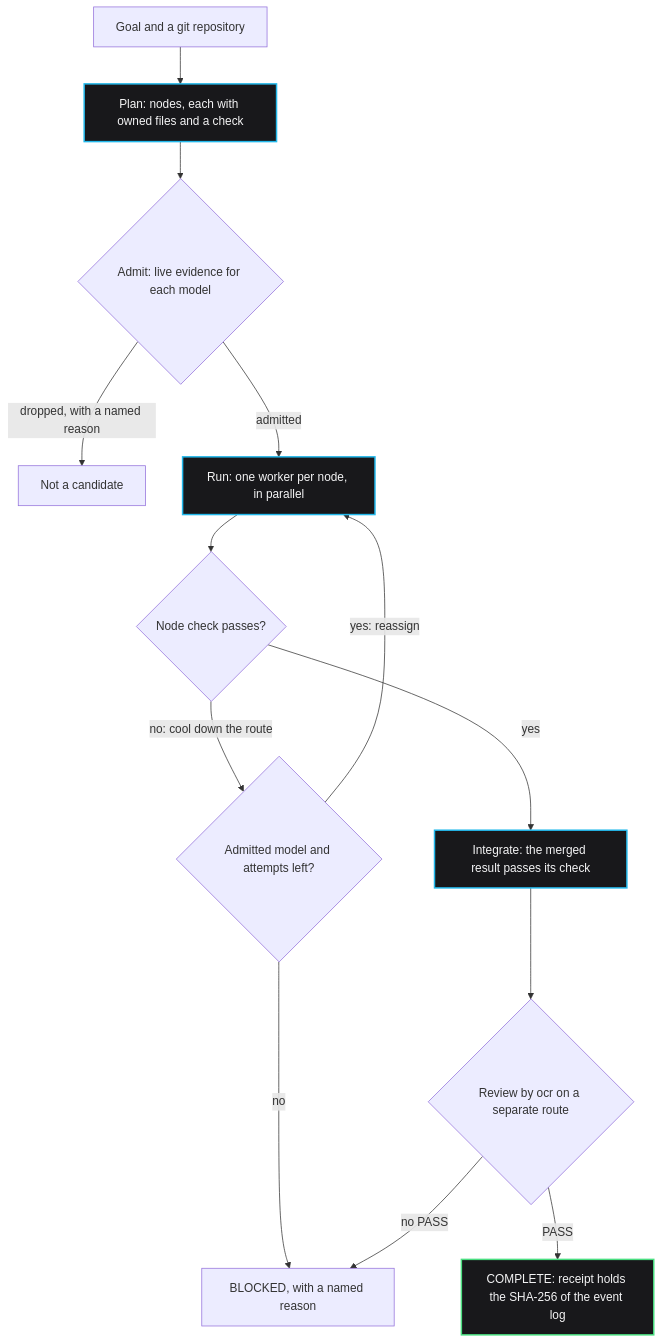
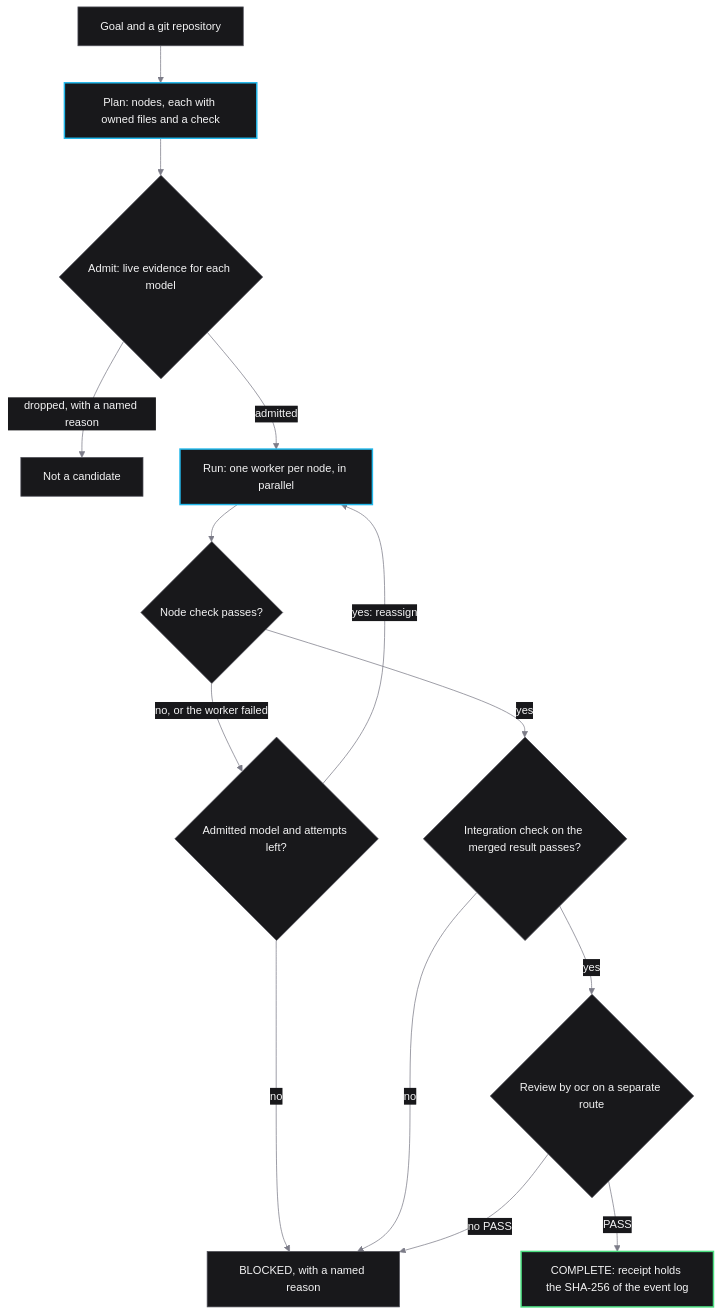
Before and after one commit to mrnicholasbcarter-code/verdict-core: the diagram in diagrams/run-overview.mmd, drawn with Mermaid. The commit also changed 8 other files, not shown here.

```diff
--- a/diagrams/run-overview.mmd
+++ b/diagrams/run-overview.mmd
@@ -1,30 +1,30 @@
 %% run-overview.mmd -- one verdict orchestrate run at reader level (README)
 %% Source (verified against code at this commit):
 %%   verdict/orchestration/planner.py (FrontierPlanner)
 %%   verdict/orchestration/eligibility.py (EligibilityLadder)
 %%   verdict/orchestration/runtime.py (DagRuntime)
-%%   verdict/orchestration/recovery.py (FailureIntelligence)
 %%   verdict/orchestration/review.py (OpenCodeReviewer)
 %%   verdict/orchestration/receipt.py (verify_run_receipt)
-%%{init: {'theme':'base','themeVariables':{'darkMode':true,'background':'#101014','fontSize':'15px','primaryColor':'#18181b','primaryTextColor':'#f4f4f5','primaryBorderColor':'#52525b','secondaryColor':'#18181b','secondaryTextColor':'#f4f4f5','secondaryBorderColor':'#52525b','tertiaryColor':'#101014','tertiaryTextColor':'#f4f4f5','tertiaryBorderColor':'#52525b','lineColor':'#7c7c88','textColor':'#f4f4f5','mainBkg':'#18181b','nodeTextColor':'#f4f4f5','nodeBorder':'#52525b','clusterBkg':'#101014','clusterBorder':'#52525b','titleColor':'#f4f4f5','edgeLabelBackground':'#18181b','noteBkgColor':'#18181b','noteTextColor':'#f4f4f5','noteBorderColor':'#52525b','actorBkg':'#18181b','actorBorder':'#a78bfa','actorTextColor':'#f4f4f5','actorLineColor':'#7c7c88','signalColor':'#7c7c88','signalTextColor':'#f4f4f5','labelBoxBkgColor':'#18181b','labelTextColor':'#f4f4f5','loopTextColor':'#f4f4f5','activationBkgColor':'#101014','activationBorderColor':'#22b8eb','sequenceNumberColor':'#101014'}}%%
+%%{init: {'theme':'base','themeVariables':{'darkMode':true,'background':'#101014','fontSize':'15px','primaryColor':'#18181b','primaryTextColor':'#f4f4f5','primaryBorderColor':'#52525b','secondaryColor':'#18181b','secondaryTextColor':'#f4f4f5','secondaryBorderColor':'#52525b','tertiaryColor':'#101014','tertiaryTextColor':'#f4f4f5','tertiaryBorderColor':'#52525b','lineColor':'#7c7c88','textColor':'#f4f4f5','mainBkg':'#18181b','nodeTextColor':'#f4f4f5','nodeBorder':'#52525b','clusterBkg':'#101014','clusterBorder':'#52525b','titleColor':'#f4f4f5','edgeLabelBackground':'#18181b','noteBkgColor':'#18181b','noteTextColor':'#f4f4f5','noteBorderColor':'#52525b','actorBkg':'#18181b','actorBorder':'#a78bfa','actorTextColor':'#f4f4f5','actorLineColor':'#7c7c88','signalColor':'#7c7c88','signalTextColor':'#f4f4f5','labelBoxBkgColor':'#18181b','labelTextColor':'#f4f4f5','loopTextColor':'#f4f4f5','activationBkgColor':'#101014','activationBorderColor':'#22b8eb','sequenceNumberColor':'#101014'}}}%%
 flowchart TD
     G["Goal and a git repository"] --> P["Plan: nodes, each with owned files and a check"]
     P --> A{"Admit: live evidence for each model"}
     A -- "dropped, with a named reason" --> D["Not a candidate"]
     A -- admitted --> W["Run: one worker per node, in parallel"]
     W --> V{"Node check passes?"}
-    V -- "no: cool down the route" --> R{"Admitted model and attempts left?"}
+    V -- "no, or the worker failed" --> R{"Admitted model and attempts left?"}
     R -- "yes: reassign" --> W
     R -- no --> B["BLOCKED, with a named reason"]
-    V -- yes --> I["Integrate: the merged result passes its check"]
-    I --> O{"Review by ocr on a separate route"}
+    V -- yes --> I{"Integration check on the merged result passes?"}
+    I -- no --> B
+    I -- yes --> O{"Review by ocr on a separate route"}
     O -- "no PASS" --> B
     O -- PASS --> C["COMPLETE: receipt holds the SHA-256 of the event log"]
 classDef active fill:#18181b,stroke:#22b8eb,color:#f4f4f5,stroke-width:2px
 classDef selected fill:#18181b,stroke:#a78bfa,color:#f4f4f5,stroke-width:2px
 classDef cooldown fill:#18181b,stroke:#f5b00b,color:#f4f4f5,stroke-width:2px
 classDef failed fill:#18181b,stroke:#f87171,color:#f4f4f5,stroke-width:2px
 classDef validated fill:#18181b,stroke:#4ade80,color:#f4f4f5,stroke-width:2px
 classDef muted fill:#18181b,stroke:#52525b,color:#a1a1aa,stroke-width:1px
-class P,W,I active
+class P,W active
 class C validated
```
